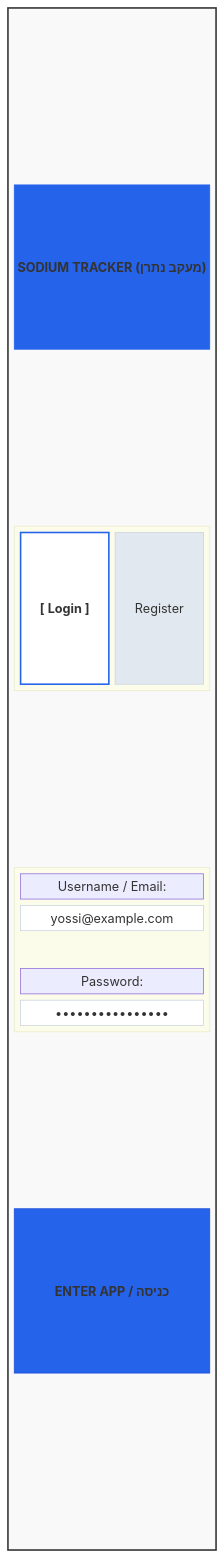
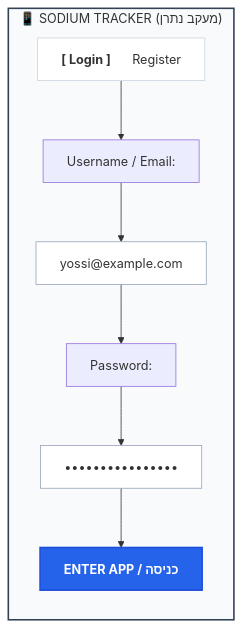
One commit to yossi-eilaty/sodium-tracker changed the first of 2 diagrams in README.md. Above: the diagram before and after it, drawn with Mermaid.

Commit message:
another try

````diff
--- a/README.md
+++ b/README.md
@@ -28,49 +28,17 @@
 ```mermaid
-block-beta
-    columns 1
-    
-    %% Main Container
-    block:ScreenContainer
-        columns 1
-        
-        space
-        title["<b>SODIUM TRACKER (מעקב נתרן)</b>"]
-        space
-        
-        %% Tab Switcher
-        block:Tabs
-            columns 2
-            loginTab["<b>[ Login ]</b>"]
-            regTab["Register"]
-        end
-        
-        space
-        
-        %% Form Fields
-        block:Form
-            columns 1
-            lblEmail["Username / Email:"]
-            inputEmail["yossi@example.com"]
-            
-            space
-            
-            lblPass["Password:"]
-            inputPass["••••••••••••••••"]
-        end
-        
-        space
-        
-        %% Action Button
-        btnSubmit["<b>ENTER APP / כניסה</b>"]
-        space
+graph TD
+    subgraph Screen ["📱 SODIUM TRACKER (מעקב נתרן)"]
+        direction TB
+        Tabs["<b>[ Login ]</b> &nbsp;&nbsp;&nbsp;&nbsp; Register"] --> EmailLbl["Username / Email:"]
+        EmailLbl --> EmailBox[" yossi@example.com "]
+        EmailBox --> PassLbl["Password:"]
+        PassLbl --> PassBox[" •••••••••••••••• "]
+        PassBox --> Btn["<b> ENTER APP / כניסה </b>"]
     end
 
-    %% Styling classes
-    style ScreenContainer fill:#f9f9f9,stroke:#333,stroke-width:2px,padding:20px
-    style title fill:#2563eb,stroke:#2563eb,color:#fff
-    style loginTab fill:#ffffff,stroke:#2563eb,stroke-width:2px,color:#2563eb
-    style regTab fill:#e2e8f0,stroke:#cbd5e1,color:#64748b
-    style inputEmail fill:#ffffff,stroke:#cbd5e1,color:#1e293b
-    style inputPass fill:#ffffff,stroke:#cbd5e1,color:#1e293b
-    style btnSubmit fill:#2563eb,stroke:#1d4ed8,color:#fff
+    style Screen fill:#f8fafc,stroke:#334155,stroke-width:2px
+    style Tabs fill:#ffffff,stroke:#cbd5e1,stroke-width:1px
+    style EmailBox fill:#ffffff,stroke:#94a3b8,stroke-width:1px
+    style PassBox fill:#ffffff,stroke:#94a3b8,stroke-width:1px
+    style Btn fill:#2563eb,stroke:#1d4ed8,color:#ffffff,stroke-width:2px
 ```
````
